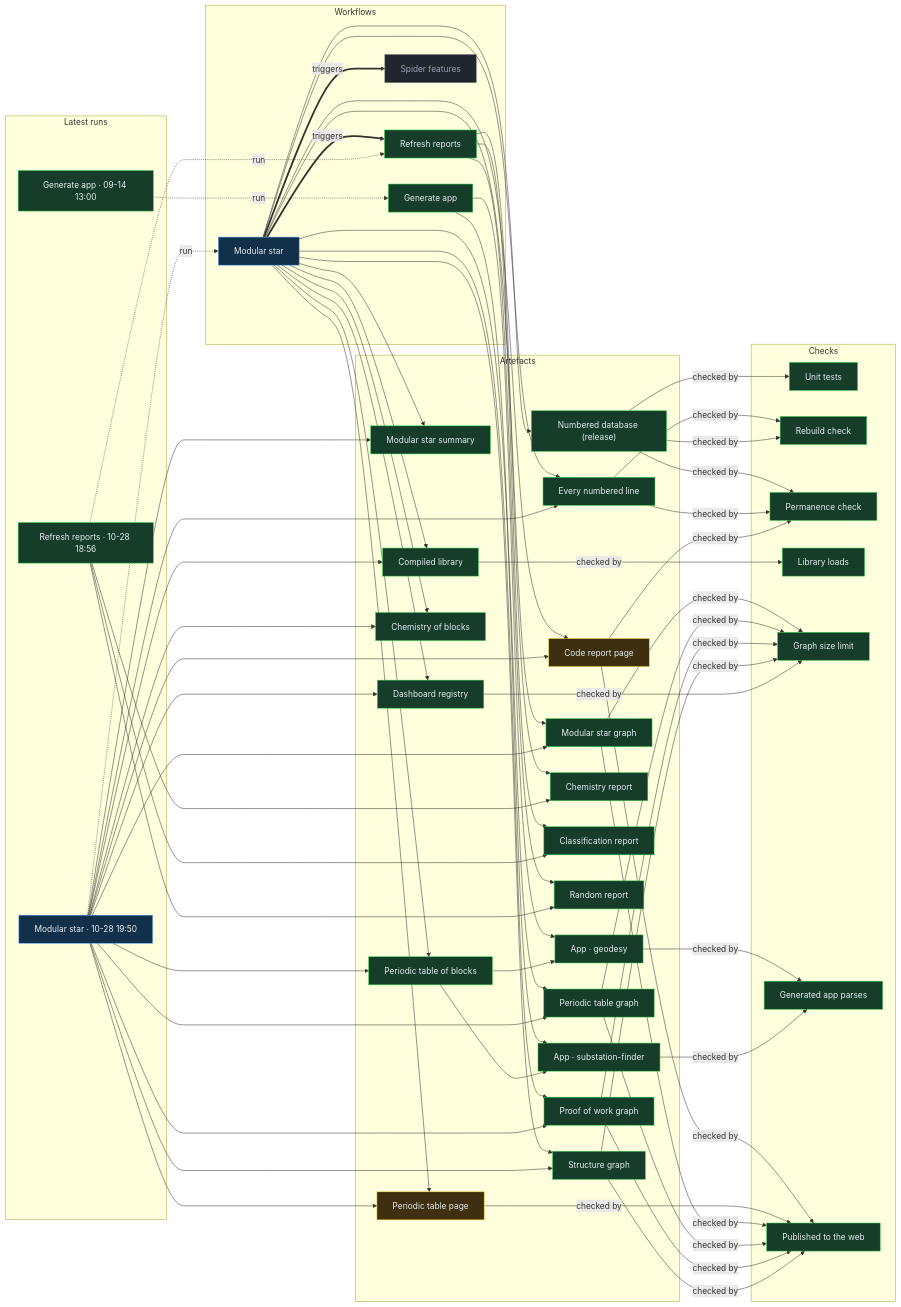
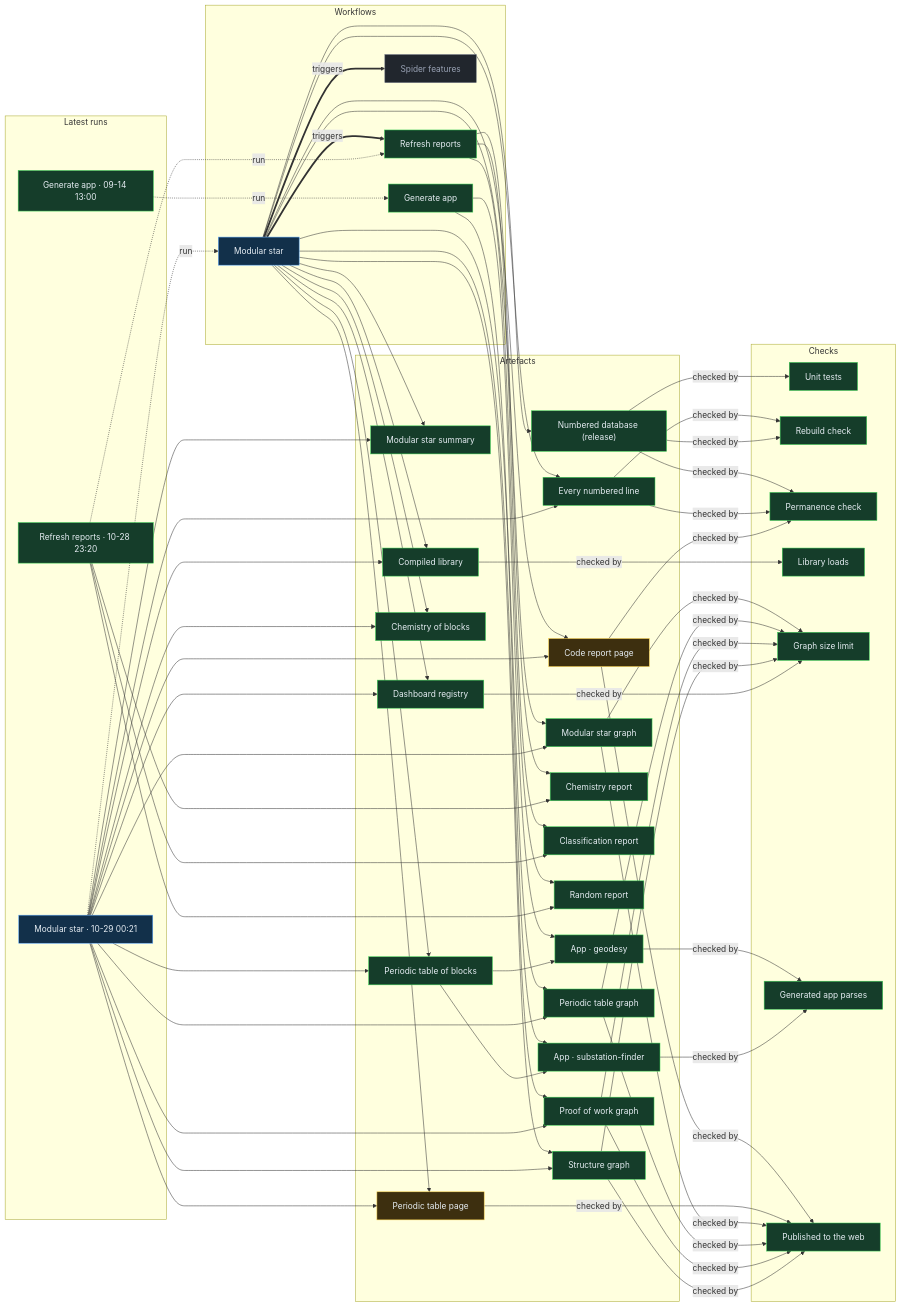
The diagram in proof/PROOF.md (Ventusltd/stars), drawn with Mermaid before and after one commit. The commit also changed other lines of this file and 163 other files, not shown here.

Commit message:
Modular star 2026-10-29T00:23Z

```diff
--- a/proof/PROOF.md
+++ b/proof/PROOF.md
@@ -24,8 +24,8 @@
   n_wf_spider_features["Spider features"]:::off
   end
   subgraph g_runs["Latest runs"]
-  n_run_40757916978["Modular star · 10-28 19:50"]:::live
-  n_run_40749795827["Refresh reports · 10-28 18:56"]:::ok
+  n_run_40793506344["Modular star · 10-29 00:21"]:::live
+  n_run_40786713952["Refresh reports · 10-28 23:20"]:::ok
   n_run_34846587798["Generate app · 09-14 13:00"]:::ok
   end
   subgraph g_artefacts["Artefacts"]
@@ -59,39 +59,39 @@
   end
   n_wf_modular_star == triggers ==> n_wf_refresh
   n_wf_modular_star == triggers ==> n_wf_spider_features
-  n_run_40757916978 -. run .-> n_wf_modular_star
-  n_run_40749795827 -. run .-> n_wf_refresh
+  n_run_40793506344 -. run .-> n_wf_modular_star
+  n_run_40786713952 -. run .-> n_wf_refresh
   n_run_34846587798 -. run .-> n_wf_generate
   n_wf_modular_star --> n_art_summary
-  n_run_40757916978 --> n_art_summary
+  n_run_40793506344 --> n_art_summary
   n_wf_modular_star --> n_art_lines
-  n_run_40757916978 --> n_art_lines
+  n_run_40793506344 --> n_art_lines
   n_wf_modular_star --> n_art_code
-  n_run_40757916978 --> n_art_code
+  n_run_40793506344 --> n_art_code
   n_wf_modular_star --> n_art_modular_graph
-  n_run_40757916978 --> n_art_modular_graph
+  n_run_40793506344 --> n_art_modular_graph
   n_wf_modular_star --> n_art_blocks
-  n_run_40757916978 --> n_art_blocks
+  n_run_40793506344 --> n_art_blocks
   n_wf_modular_star --> n_art_table
-  n_run_40757916978 --> n_art_table
+  n_run_40793506344 --> n_art_table
   n_wf_modular_star --> n_art_blocks_graph
-  n_run_40757916978 --> n_art_blocks_graph
+  n_run_40793506344 --> n_art_blocks_graph
   n_wf_modular_star --> n_art_reactions
-  n_run_40757916978 --> n_art_reactions
+  n_run_40793506344 --> n_art_reactions
   n_wf_modular_star --> n_art_library
-  n_run_40757916978 --> n_art_library
+  n_run_40793506344 --> n_art_library
   n_wf_modular_star --> n_art_features
-  n_run_40757916978 --> n_art_features
+  n_run_40793506344 --> n_art_features
   n_wf_modular_star --> n_art_proof
-  n_run_40757916978 --> n_art_proof
+  n_run_40793506344 --> n_art_proof
   n_wf_modular_star --> n_art_structure
-  n_run_40757916978 --> n_art_structure
+  n_run_40793506344 --> n_art_structure
   n_wf_refresh --> n_art_chemistry
-  n_run_40749795827 --> n_art_chemistry
+  n_run_40786713952 --> n_art_chemistry
   n_wf_refresh --> n_art_vedic
-  n_run_40749795827 --> n_art_vedic
+  n_run_40786713952 --> n_art_vedic
   n_wf_refresh --> n_art_random
-  n_run_40749795827 --> n_art_random
+  n_run_40786713952 --> n_art_random
   n_wf_modular_star --> n_art_release
   n_wf_generate --> n_app_geodesy
   n_art_blocks --> n_app_geodesy
```
